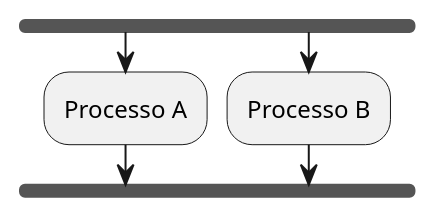
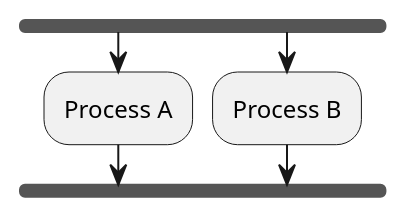
The fourth of 25 diagrams in 03-behavioral-diagrams/activity-diagrams/README.md (Seniorsimo/sas-template), drawn with PlantUML before and after one commit. The commit also changed other lines of this file and 49 other files, not shown here.

````diff
--- a/03-behavioral-diagrams/activity-diagrams/README.md
+++ b/03-behavioral-diagrams/activity-diagrams/README.md
@@ -41,7 +41,7 @@
 ```plantuml
 fork
-  :Processo A;
+  :Process A;
 fork again
-  :Processo B;
+  :Process B;
 end fork
 ```
````
